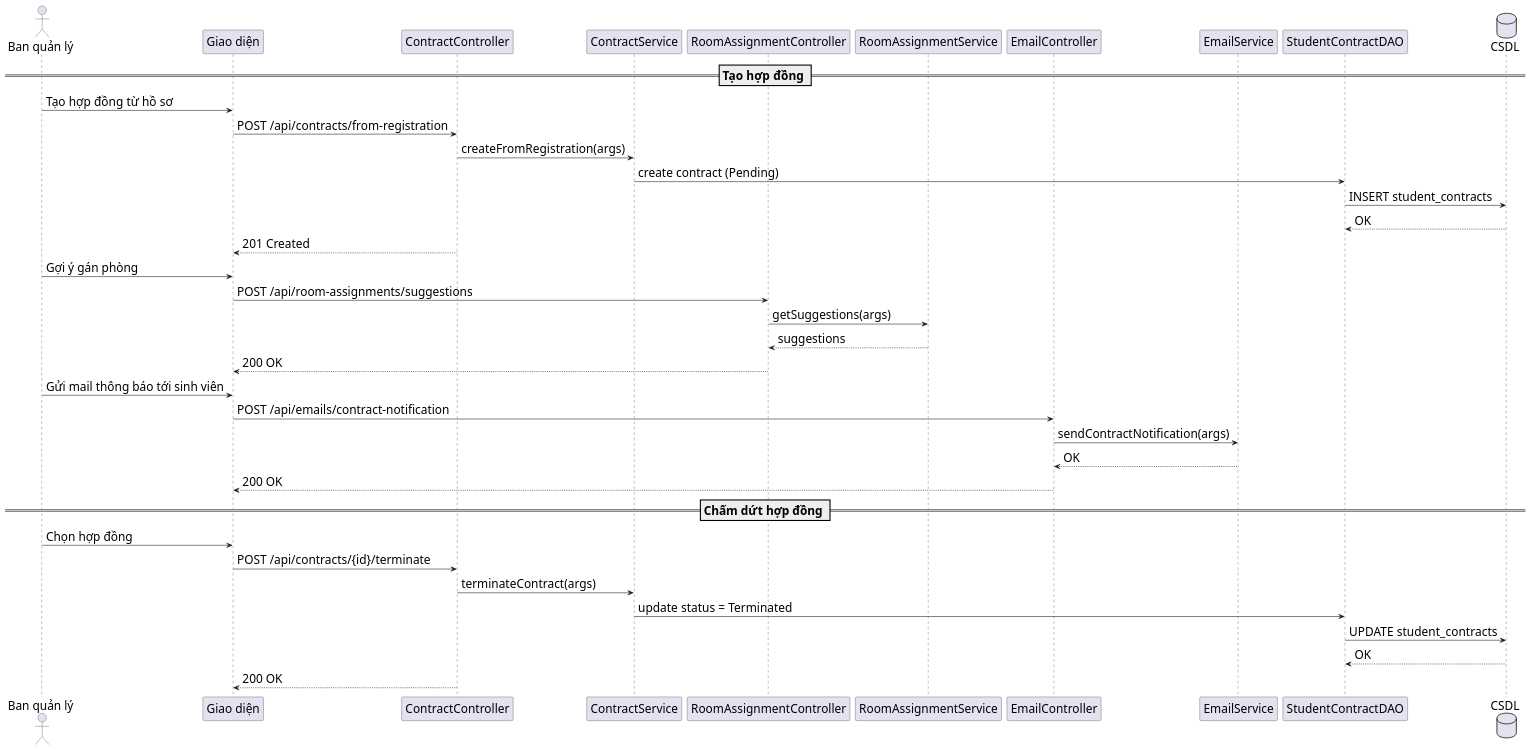
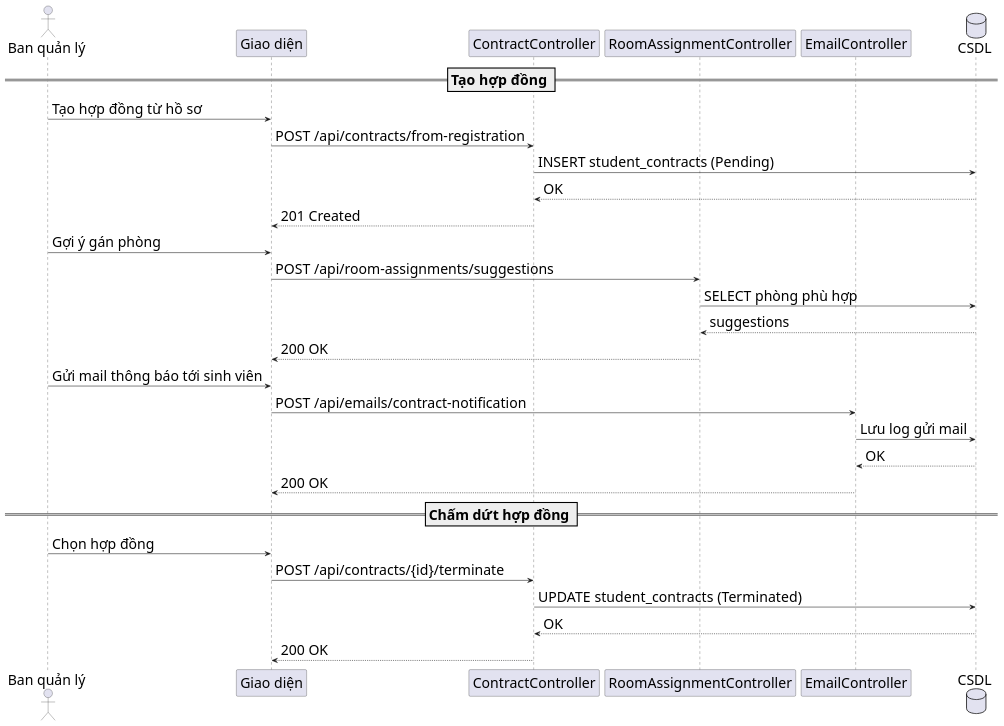
One commit to s0nbuildtech287/dormitory-frontend changed the diagram in diagrams/nhomphonghopdong/contract_management_sequence.puml. Above: the diagram before and after it, drawn with PlantUML. The commit also changed 2 other files, not shown here.

```diff
--- a/diagrams/nhomphonghopdong/contract_management_sequence.puml
+++ b/diagrams/nhomphonghopdong/contract_management_sequence.puml
@@ -1,45 +1,37 @@
 @startuml "Contract Management Sequence"
-skinparam defaultFontSize 22
+skinparam defaultFontSize 26
 skinparam defaultFontName "Times New Roman"
 skinparam sequenceMessageSize 26
 actor "Ban quản lý" as Admin
 participant "Giao diện" as FE
 participant "ContractController" as CC
-participant "ContractService" as CS
 participant "RoomAssignmentController" as RAC
-participant "RoomAssignmentService" as RAS
 participant "EmailController" as EC
-participant "EmailService" as ES
-participant "StudentContractDAO" as SCDAO
 database "CSDL" as DB
 
 == Tạo hợp đồng ==
 Admin -> FE: Tạo hợp đồng từ hồ sơ
 FE -> CC: POST /api/contracts/from-registration
-CC -> CS: createFromRegistration(args)
-CS -> SCDAO: create contract (Pending)
-SCDAO -> DB: INSERT student_contracts
-DB --> SCDAO: OK
+CC -> DB: INSERT student_contracts (Pending)
+DB --> CC: OK
 CC --> FE: 201 Created
 
 Admin -> FE: Gợi ý gán phòng
 FE -> RAC: POST /api/room-assignments/suggestions
-RAC -> RAS: getSuggestions(args)
-RAS --> RAC: suggestions
+RAC -> DB: SELECT phòng phù hợp
+DB --> RAC: suggestions
 RAC --> FE: 200 OK
 
 Admin -> FE: Gửi mail thông báo tới sinh viên
 FE -> EC: POST /api/emails/contract-notification
-EC -> ES: sendContractNotification(args)
-ES --> EC: OK
+EC -> DB: Lưu log gửi mail
+DB --> EC: OK
 EC --> FE: 200 OK
 
 == Chấm dứt hợp đồng ==
 Admin -> FE: Chọn hợp đồng
 FE -> CC: POST /api/contracts/{id}/terminate
-CC -> CS: terminateContract(args)
-CS -> SCDAO: update status = Terminated
-SCDAO -> DB: UPDATE student_contracts
-DB --> SCDAO: OK
+CC -> DB: UPDATE student_contracts (Terminated)
+DB --> CC: OK
 CC --> FE: 200 OK
 @enduml
```
